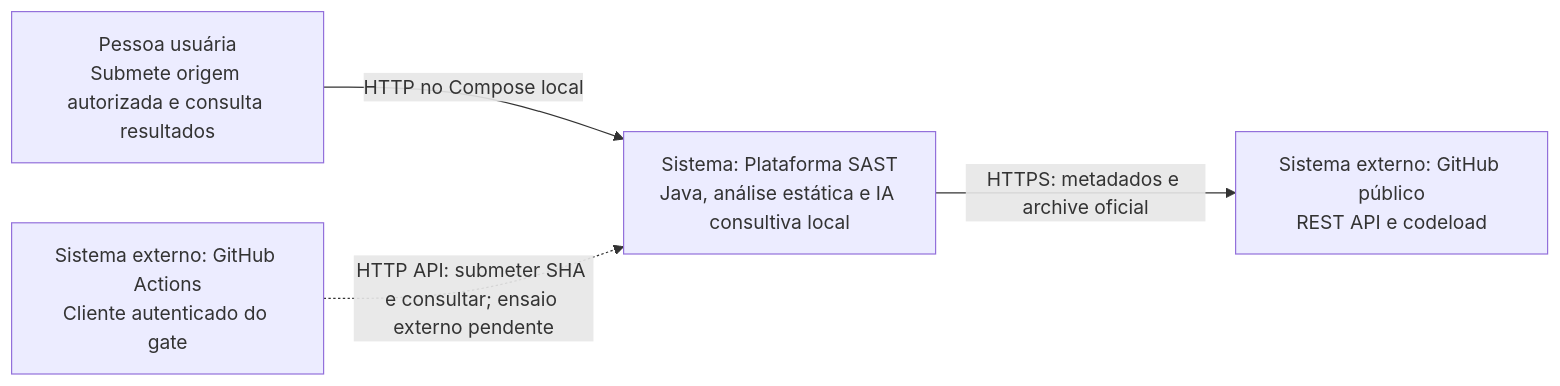
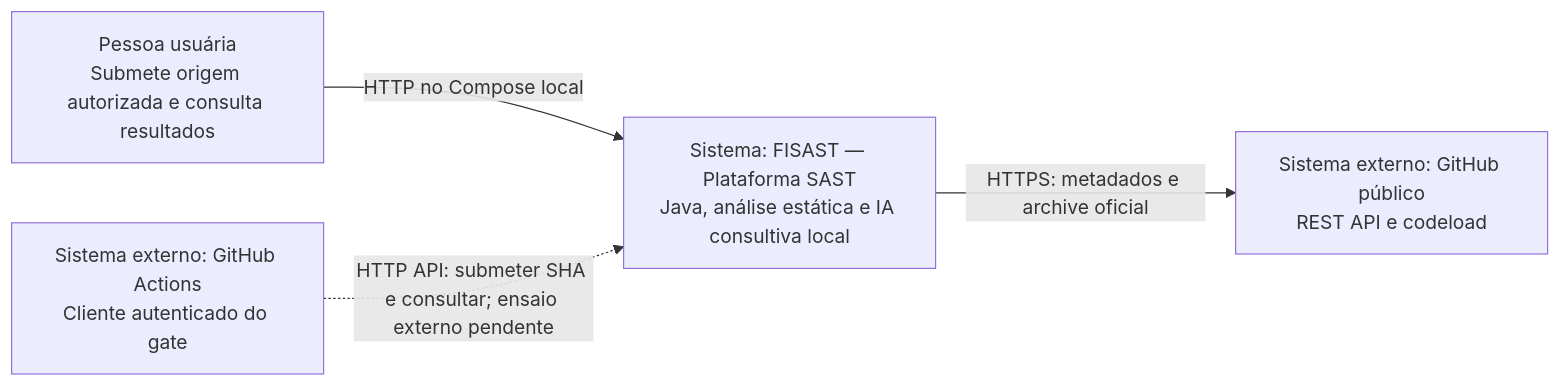
The first of 2 diagrams in docs-entrega/Arquitetura-e-fluxos.md (EduDalla/plataforma-sast), drawn with Mermaid before and after one commit. The commit also changed other lines of this file and 41 other files, not shown here.

````diff
--- a/docs-entrega/Arquitetura-e-fluxos.md
+++ b/docs-entrega/Arquitetura-e-fluxos.md
@@ -7,10 +7,10 @@
 ```mermaid
 flowchart LR
     pessoa["Pessoa usuária<br/>Submete origem autorizada e consulta resultados"]
-    plataforma["Sistema: Plataforma SAST<br/>Java, análise estática e IA consultiva local"]
+    plataforma["Sistema: FISAST — Plataforma SAST<br/>Java, análise estática e IA consultiva local"]
     github["Sistema externo: GitHub público<br/>REST API e codeload"]
     ci["Sistema externo: GitHub Actions<br/>Cliente autenticado do gate"]
     pessoa -->|"HTTP no Compose local"| plataforma
     plataforma -->|"HTTPS: metadados e archive oficial"| github
     ci -.->|"HTTP API: submeter SHA e consultar; ensaio externo pendente"| plataforma
 ```
````
